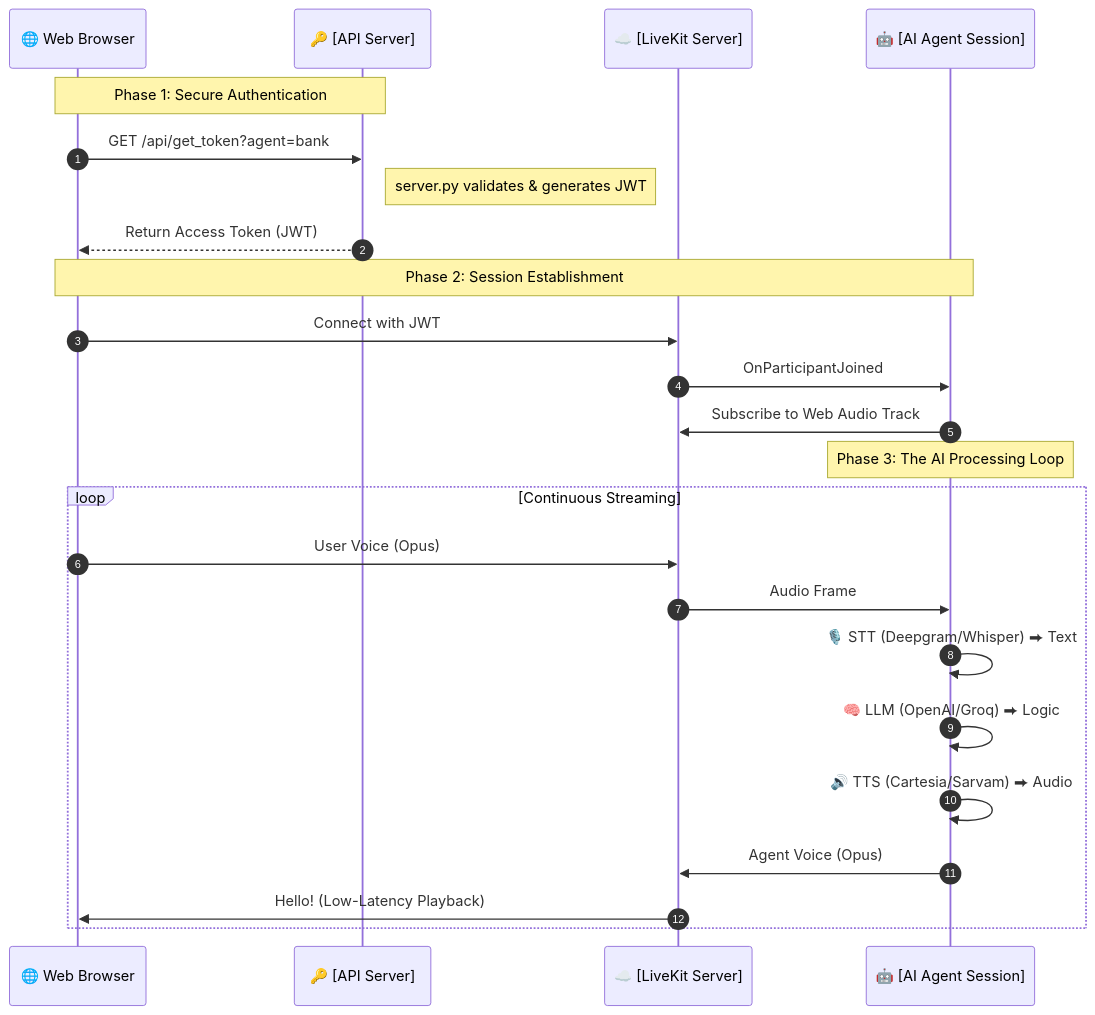
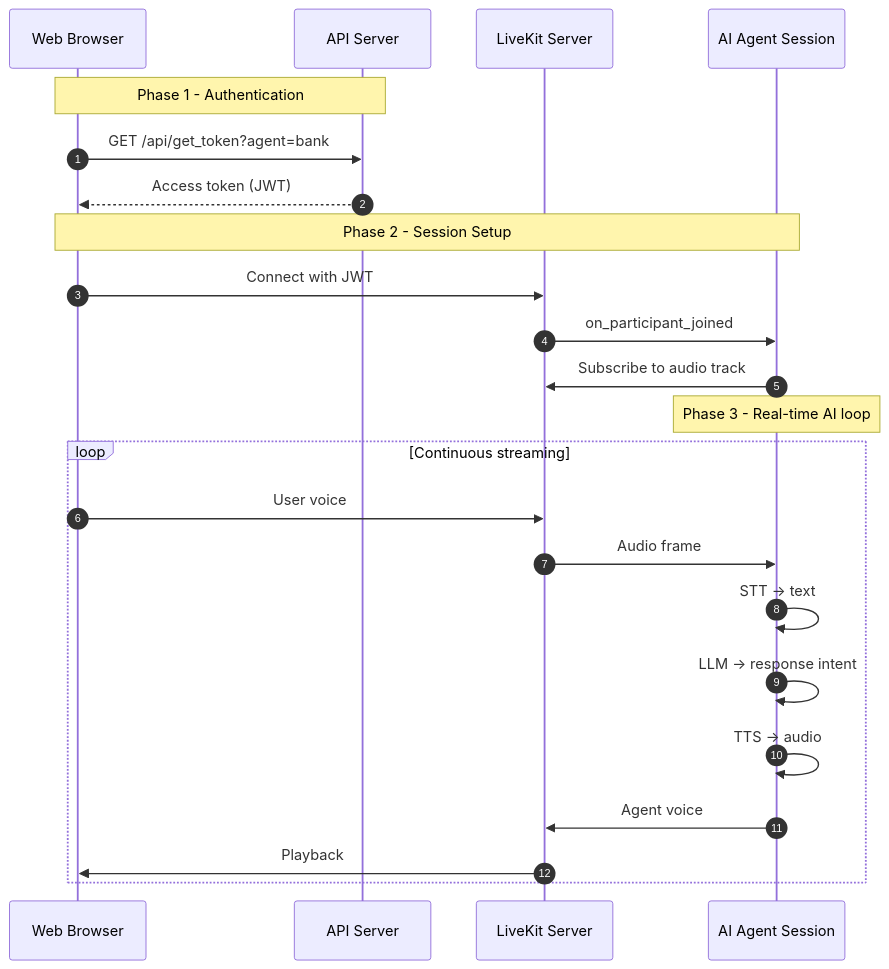
The first of 4 diagrams in docs/architecture.md (ShubhamX-AI/api_livekit), drawn with Mermaid before and after one commit. The commit also changed other lines of this file and 18 other files, not shown here.

````diff
--- a/docs/architecture.md
+++ b/docs/architecture.md
@@ -13,29 +11,28 @@
 ```mermaid
 sequenceDiagram
     autonumber
-    participant Web as 🌐 Web Browser
-    participant API as 🔑 [API Server]
-    participant LK as ☁️ [LiveKit Server]
-    participant Agent as 🤖 [AI Agent Session]
+    participant Web as Web Browser
+    participant API as API Server
+    participant LK as LiveKit Server
+    participant Agent as AI Agent Session
 
-    Note over Web, API: Phase 1: Secure Authentication
+    Note over Web, API: Phase 1 - Authentication
     Web->>API: GET /api/get_token?agent=bank
-    Note right of API: server.py validates & generates JWT
-    API-->>Web: Return Access Token (JWT)
+    API-->>Web: Access token (JWT)
 
-    Note over Web, Agent: Phase 2: Session Establishment
+    Note over Web, Agent: Phase 2 - Session Setup
     Web->>LK: Connect with JWT
-    LK->>Agent: OnParticipantJoined
-    Agent->>LK: Subscribe to Web Audio Track
+    LK->>Agent: on_participant_joined
+    Agent->>LK: Subscribe to audio track
 
-    Note over Agent: Phase 3: The AI Processing Loop
-    loop Continuous Streaming
-        Web->>LK: User Voice (Opus)
-        LK->>Agent: Audio Frame
-        Agent->>Agent: 🎙️ STT (Deepgram/Whisper) ⮕ Text
-        Agent->>Agent: 🧠 LLM (OpenAI/Groq) ⮕ Logic
-        Agent->>Agent: 🔊 TTS (Cartesia/Sarvam) ⮕ Audio
-        Agent->>LK: Agent Voice (Opus)
-        LK->>Web: Hello! (Low-Latency Playback)
+    Note over Agent: Phase 3 - Real-time AI loop
+    loop Continuous streaming
+        Web->>LK: User voice
+        LK->>Agent: Audio frame
+        Agent->>Agent: STT -> text
+        Agent->>Agent: LLM -> response intent
+        Agent->>Agent: TTS -> audio
+        Agent->>LK: Agent voice
+        LK->>Web: Playback
     end
 ```
````
